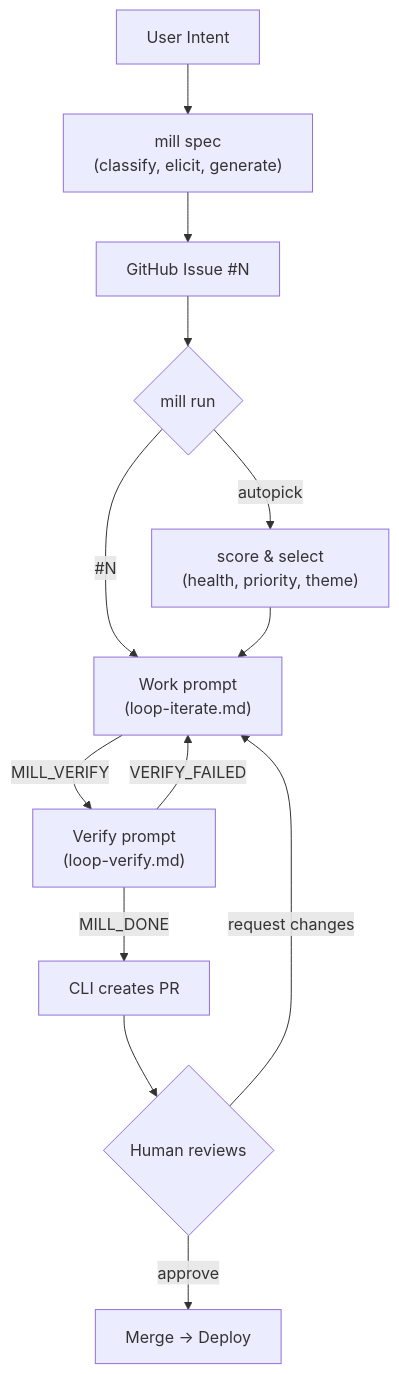
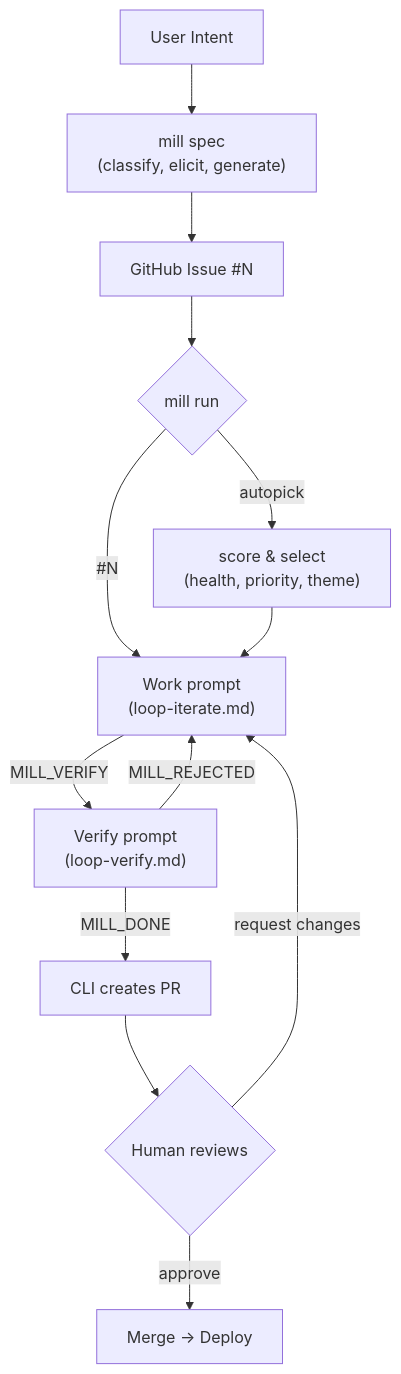
The diagram in AGENTS.md (mindrevolution/mill), drawn with Mermaid before and after one commit. The commit also changed other lines of this file and 6 other files, not shown here.

````diff
--- a/AGENTS.md
+++ b/AGENTS.md
@@ -90,15 +90,15 @@
 ```mermaid
 flowchart TD
     A[User Intent] --> B["mill spec<br>(classify, elicit, generate)"]
     B --> C["GitHub Issue #N"]
     C --> D{"mill run"}
     D -->|"#N"| E["Work prompt<br>(loop-iterate.md)"]
     D -->|"autopick"| F["score & select<br>(health, priority, theme)"]
     F --> E
     E -->|MILL_VERIFY| G["Verify prompt<br>(loop-verify.md)"]
-    G -->|VERIFY_FAILED| E
+    G -->|MILL_REJECTED| E
     G -->|MILL_DONE| H["CLI creates PR"]
     H --> I{Human reviews}
     I -->|approve| J[Merge → Deploy]
     I -->|request changes| E
 ```
````
